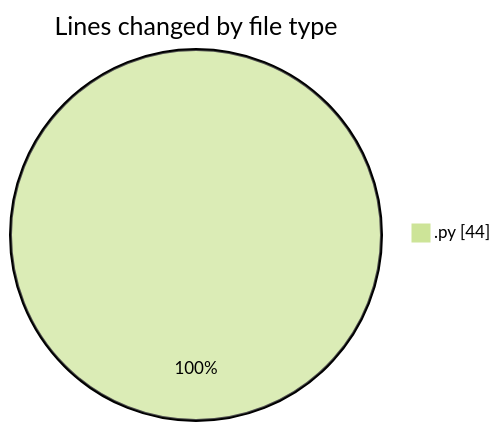
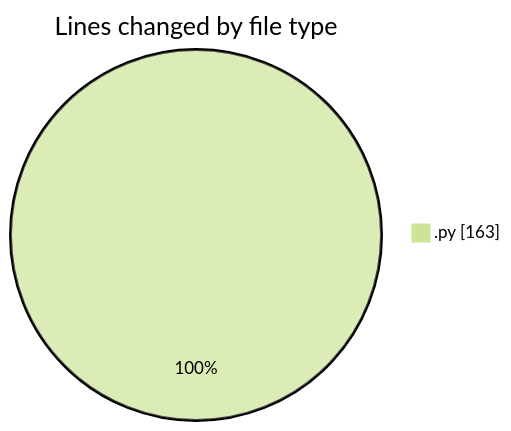
One commit to julien-gomy/code-tracking changed the first of 2 diagrams in 2025-10-12/eventscop-api-guide__workspace_/README.md. Above: the diagram before and after it, drawn with Mermaid (forest theme). The commit also changed other lines of this file and 1 other file, not shown here.

````diff
--- a/2025-10-12/eventscop-api-guide__workspace_/README.md
+++ b/2025-10-12/eventscop-api-guide__workspace_/README.md
@@ -20,5 +20,5 @@
 ```mermaid
 pie showData
 title Lines changed by file type
-".py" : 44
+".py" : 163
 ```
````
